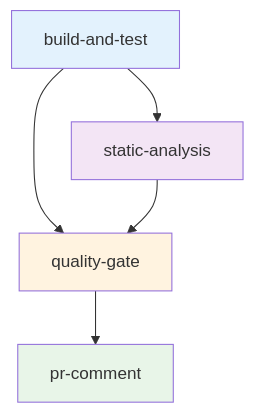
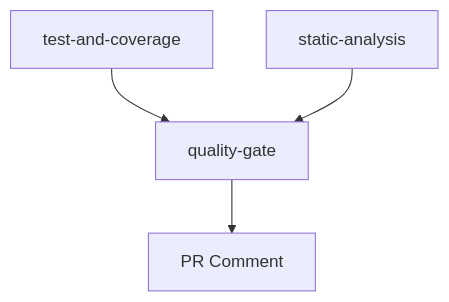
Before and after one commit to ericodx/swift-structure: the second of 2 diagrams in Docs/CI/pull-request-analysis.md, drawn with Mermaid. The commit also changed other lines of this file, not shown here.

Commit message:
docs: update pull request analysis workflow documentation

````diff
--- a/Docs/CI/pull-request-analysis.md
+++ b/Docs/CI/pull-request-analysis.md
@@ -51,12 +59,6 @@
 ```mermaid
 graph TD
-    A[build-and-test] --> B[static-analysis]
-    A --> C[quality-gate]
-    B --> C
-    C --> D[pr-comment]
-    
-    style A fill:#e3f2fd
-    style B fill:#f3e5f5
-    style C fill:#fff3e0
-    style D fill:#e8f5e8
+    A[test-and-coverage] --> D[quality-gate]
+    C[static-analysis] --> D[quality-gate]
+    D --> E[PR Comment]
 ```
````
